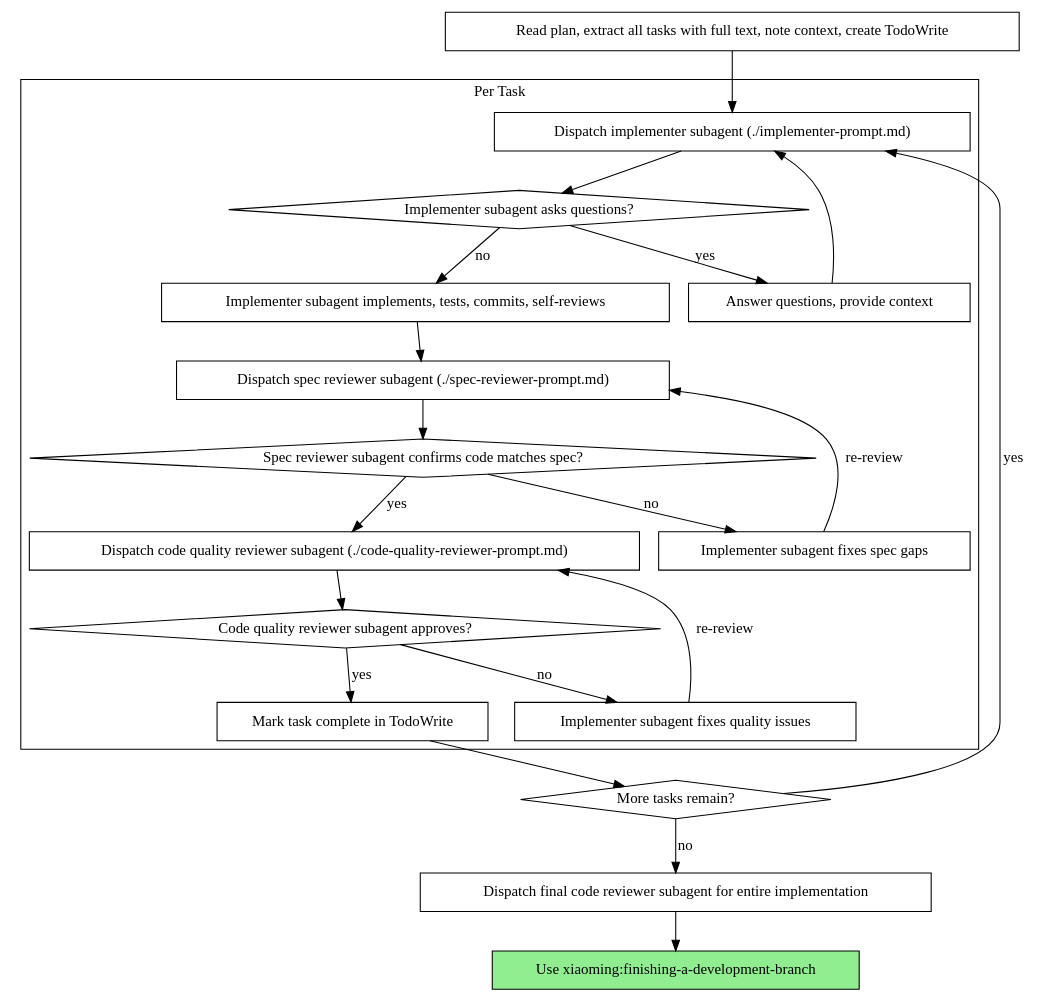
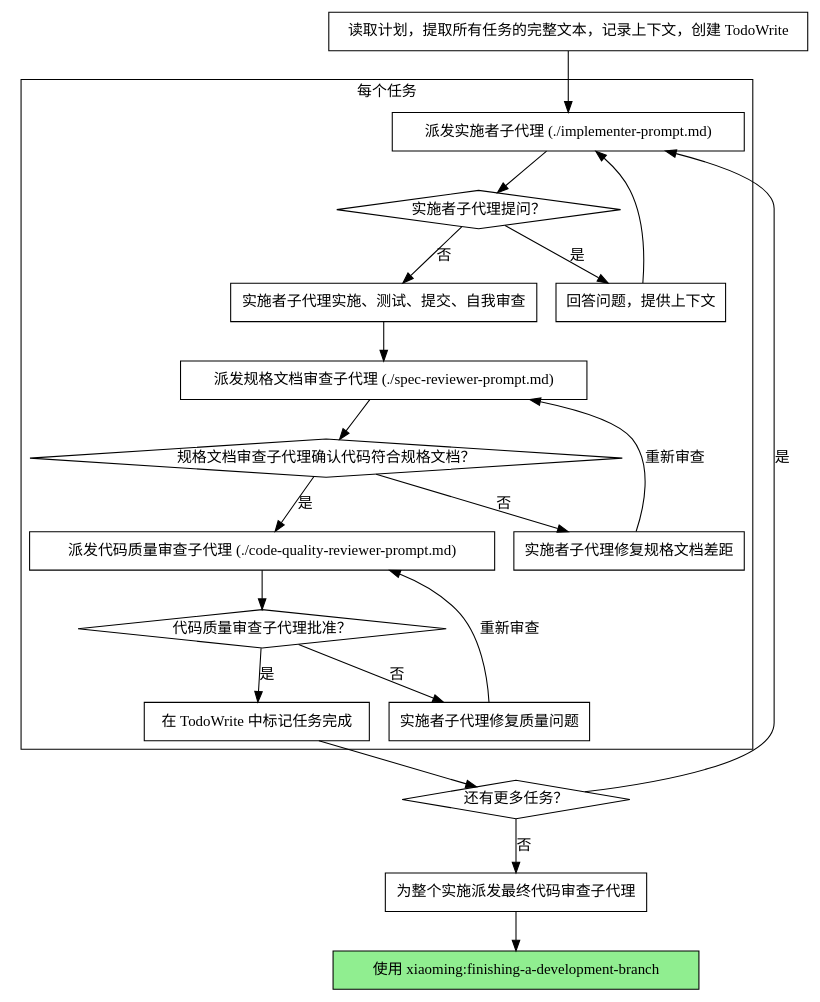
The second of 2 diagrams in skills/subagent-driven-development/SKILL.md (hj1003862396/xiaoming), drawn with Graphviz before and after one commit. The commit also changed other lines of this file and 23 other files, not shown here.

````diff
--- a/skills/subagent-driven-development/SKILL.md
+++ b/skills/subagent-driven-development/SKILL.md
@@ -44,44 +44,44 @@
 ```dot
 digraph process {
     rankdir=TB;
 
     subgraph cluster_per_task {
-        label="Per Task";
-        "Dispatch implementer subagent (./implementer-prompt.md)" [shape=box];
-        "Implementer subagent asks questions?" [shape=diamond];
-        "Answer questions, provide context" [shape=box];
-        "Implementer subagent implements, tests, commits, self-reviews" [shape=box];
-        "Dispatch spec reviewer subagent (./spec-reviewer-prompt.md)" [shape=box];
-        "Spec reviewer subagent confirms code matches spec?" [shape=diamond];
-        "Implementer subagent fixes spec gaps" [shape=box];
-        "Dispatch code quality reviewer subagent (./code-quality-reviewer-prompt.md)" [shape=box];
-        "Code quality reviewer subagent approves?" [shape=diamond];
-        "Implementer subagent fixes quality issues" [shape=box];
-        "Mark task complete in TodoWrite" [shape=box];
+        label="每个任务";
+        "派发实施者子代理 (./implementer-prompt.md)" [shape=box];
+        "实施者子代理提问？" [shape=diamond];
+        "回答问题，提供上下文" [shape=box];
+        "实施者子代理实施、测试、提交、自我审查" [shape=box];
+        "派发规格文档审查子代理 (./spec-reviewer-prompt.md)" [shape=box];
+        "规格文档审查子代理确认代码符合规格文档？" [shape=diamond];
+        "实施者子代理修复规格文档差距" [shape=box];
+        "派发代码质量审查子代理 (./code-quality-reviewer-prompt.md)" [shape=box];
+        "代码质量审查子代理批准？" [shape=diamond];
+        "实施者子代理修复质量问题" [shape=box];
+        "在 TodoWrite 中标记任务完成" [shape=box];
     }
 
-    "Read plan, extract all tasks with full text, note context, create TodoWrite" [shape=box];
-    "More tasks remain?" [shape=diamond];
-    "Dispatch final code reviewer subagent for entire implementation" [shape=box];
-    "Use xiaoming:finishing-a-development-branch" [shape=box style=filled fillcolor=lightgreen];
+    "读取计划，提取所有任务的完整文本，记录上下文，创建 TodoWrite" [shape=box];
+    "还有更多任务？" [shape=diamond];
+    "为整个实施派发最终代码审查子代理" [shape=box];
+    "使用 xiaoming:finishing-a-development-branch" [shape=box style=filled fillcolor=lightgreen];
 
-    "Read plan, extract all tasks with full text, note context, create TodoWrite" -> "Dispatch implementer subagent (./implementer-prompt.md)";
-    "Dispatch implementer subagent (./implementer-prompt.md)" -> "Implementer subagent asks questions?";
-    "Implementer subagent asks questions?" -> "Answer questions, provide context" [label="yes"];
-    "Answer questions, provide context" -> "Dispatch implementer subagent (./implementer-prompt.md)";
-    "Implementer subagent asks questions?" -> "Implementer subagent implements, tests, commits, self-reviews" [label="no"];
-    "Implementer subagent implements, tests, commits, self-reviews" -> "Dispatch spec reviewer subagent (./spec-reviewer-prompt.md)";
-    "Dispatch spec reviewer subagent (./spec-reviewer-prompt.md)" -> "Spec reviewer subagent confirms code matches spec?";
-    "Spec reviewer subagent confirms code matches spec?" -> "Implementer subagent fixes spec gaps" [label="no"];
-    "Implementer subagent fixes spec gaps" -> "Dispatch spec reviewer subagent (./spec-reviewer-prompt.md)" [label="re-review"];
-    "Spec reviewer subagent confirms code matches spec?" -> "Dispatch code quality reviewer subagent (./code-quality-reviewer-prompt.md)" [label="yes"];
-    "Dispatch code quality reviewer subagent (./code-quality-reviewer-prompt.md)" -> "Code quality reviewer subagent approves?";
-    "Code quality reviewer subagent approves?" -> "Implementer subagent fixes quality issues" [label="no"];
-    "Implementer subagent fixes quality issues" -> "Dispatch code quality reviewer subagent (./code-quality-reviewer-prompt.md)" [label="re-review"];
-    "Code quality reviewer subagent approves?" -> "Mark task complete in TodoWrite" [label="yes"];
-    "Mark task complete in TodoWrite" -> "More tasks remain?";
-    "More tasks remain?" -> "Dispatch implementer subagent (./implementer-prompt.md)" [label="yes"];
-    "More tasks remain?" -> "Dispatch final code reviewer subagent for entire implementation" [label="no"];
-    "Dispatch final code reviewer subagent for entire implementation" -> "Use xiaoming:finishing-a-development-branch";
+    "读取计划，提取所有任务的完整文本，记录上下文，创建 TodoWrite" -> "派发实施者子代理 (./implementer-prompt.md)";
+    "派发实施者子代理 (./implementer-prompt.md)" -> "实施者子代理提问？";
+    "实施者子代理提问？" -> "回答问题，提供上下文" [label="是"];
+    "回答问题，提供上下文" -> "派发实施者子代理 (./implementer-prompt.md)";
+    "实施者子代理提问？" -> "实施者子代理实施、测试、提交、自我审查" [label="否"];
+    "实施者子代理实施、测试、提交、自我审查" -> "派发规格文档审查子代理 (./spec-reviewer-prompt.md)";
+    "派发规格文档审查子代理 (./spec-reviewer-prompt.md)" -> "规格文档审查子代理确认代码符合规格文档？";
+    "规格文档审查子代理确认代码符合规格文档？" -> "实施者子代理修复规格文档差距" [label="否"];
+    "实施者子代理修复规格文档差距" -> "派发规格文档审查子代理 (./spec-reviewer-prompt.md)" [label="重新审查"];
+    "规格文档审查子代理确认代码符合规格文档？" -> "派发代码质量审查子代理 (./code-quality-reviewer-prompt.md)" [label="是"];
+    "派发代码质量审查子代理 (./code-quality-reviewer-prompt.md)" -> "代码质量审查子代理批准？";
+    "代码质量审查子代理批准？" -> "实施者子代理修复质量问题" [label="否"];
+    "实施者子代理修复质量问题" -> "派发代码质量审查子代理 (./code-quality-reviewer-prompt.md)" [label="重新审查"];
+    "代码质量审查子代理批准？" -> "在 TodoWrite 中标记任务完成" [label="是"];
+    "在 TodoWrite 中标记任务完成" -> "还有更多任务？";
+    "还有更多任务？" -> "派发实施者子代理 (./implementer-prompt.md)" [label="是"];
+    "还有更多任务？" -> "为整个实施派发最终代码审查子代理" [label="否"];
+    "为整个实施派发最终代码审查子代理" -> "使用 xiaoming:finishing-a-development-branch";
 }
 ```
````
